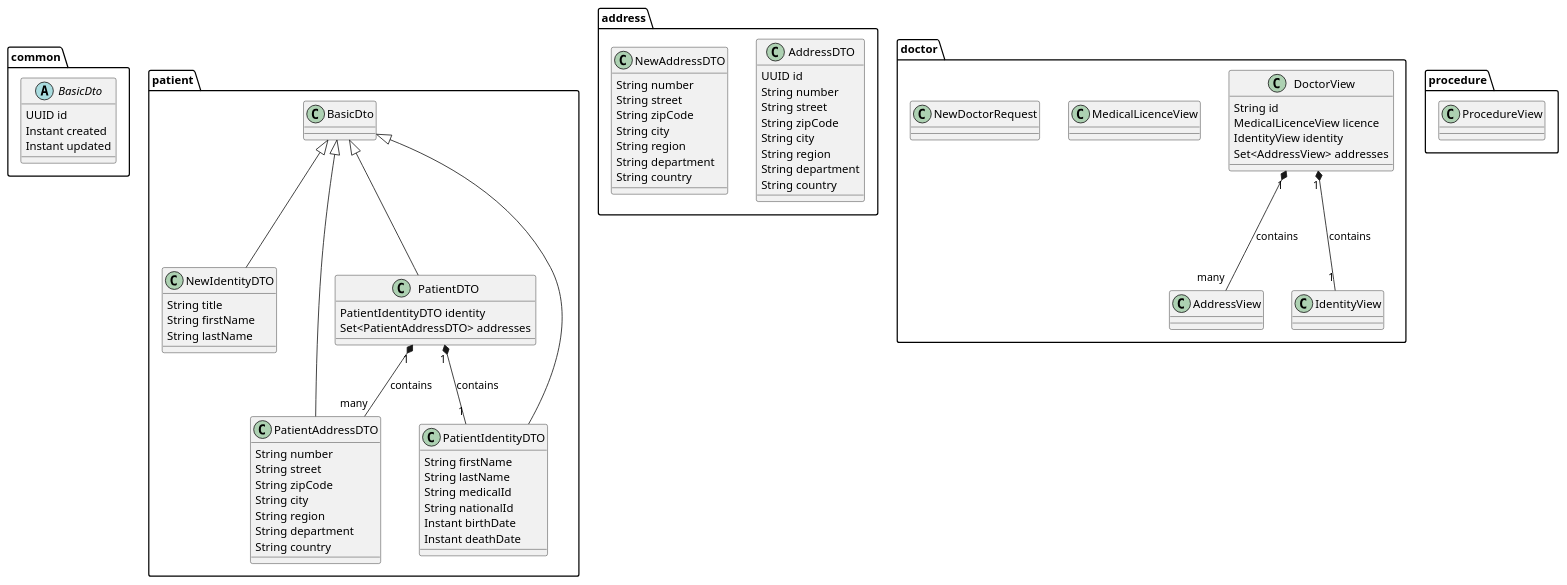
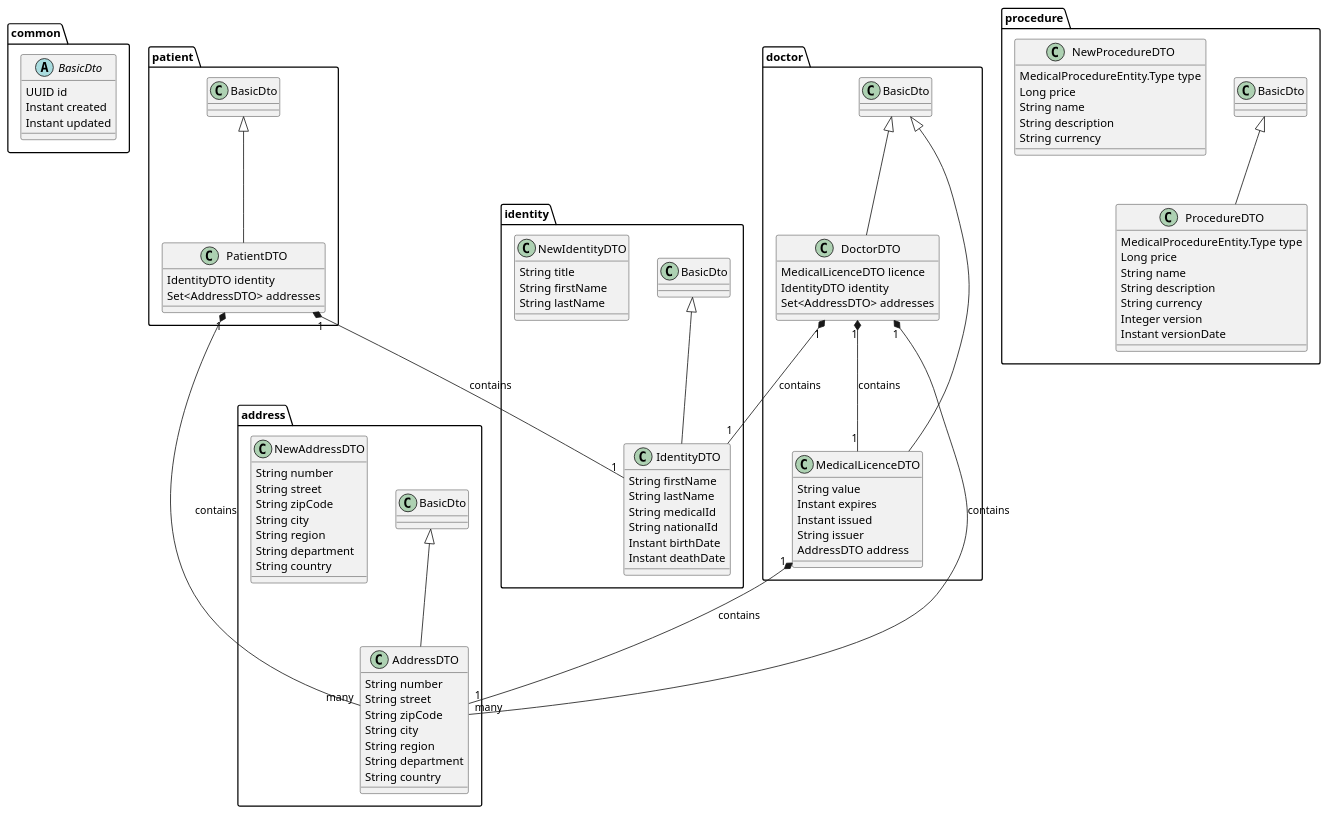
Before and after one commit to becoming/meditech: the diagram in diagrams/DTOs.puml, drawn with PlantUML. The commit also changed 61 other files, not shown here.

Commit message:
address and identity became totally separated

```diff
--- a/diagrams/DTOs.puml
+++ b/diagrams/DTOs.puml
@@ -1,92 +1,104 @@
 @startuml
 'https://plantuml.com/class-diagram
 
 package common {
     abstract class BasicDto {
         UUID id
         Instant created
         Instant updated
     }
 }
 
 package patient {
-    class NewIdentityDTO extends BasicDto {
-        String title
-        String firstName
-        String lastName
+    class PatientDTO extends BasicDto {
+        IdentityDTO identity
+        Set<AddressDTO> addresses
     }
+}
 
-    class PatientAddressDTO extends BasicDto {
-        String number
-        String street
-        String zipCode
-        String city
-        String region
-        String department
-        String country
-    }
+package identity {
 
-    class PatientDTO extends BasicDto {
-        PatientIdentityDTO identity
-        Set<PatientAddressDTO> addresses
-    }
-
-    class PatientIdentityDTO extends BasicDto {
+    class IdentityDTO extends BasicDto {
         String firstName
         String lastName
         String medicalId
         String nationalId
         Instant birthDate
         Instant deathDate
     }
+
+    class NewIdentityDTO {
+        String title
+        String firstName
+        String lastName
+    }
 }
 
 package address {
-    class AddressDTO {
-        UUID id
+    class AddressDTO extends BasicDto {
         String number
         String street
         String zipCode
         String city
         String region
         String department
         String country
     }
 
     class NewAddressDTO {
         String number
         String street
         String zipCode
         String city
         String region
         String department
         String country
     }
 }
 
 package doctor {
-    class AddressView
-
-    class DoctorView {
-        String id
-        MedicalLicenceView licence
-        IdentityView identity
-        Set<AddressView> addresses
+    class DoctorDTO extends BasicDto {
+        MedicalLicenceDTO licence
+        IdentityDTO identity
+        Set<AddressDTO> addresses
     }
 
-    class IdentityView
-    class MedicalLicenceView
-    class NewDoctorRequest
+    class MedicalLicenceDTO extends BasicDto {
+        String value
+        Instant expires
+        Instant issued
+        String issuer
+        AddressDTO address
+    }
 }
 
 package procedure {
-    class ProcedureView
+    class ProcedureDTO extends BasicDto {
+        MedicalProcedureEntity.Type type
+        Long price
+        String name
+        String description
+        String currency
+        Integer version
+        Instant versionDate
+    }
+
+    class NewProcedureDTO {
+        MedicalProcedureEntity.Type type
+        Long price
+        String name
+        String description
+        String currency
+    }
 }
 
-DoctorView "1" *-- "many" AddressView : contains
-DoctorView "1" *-- "1" IdentityView : contains
+DoctorDTO "1" *-- "many" AddressDTO : contains
+DoctorDTO "1" *-- "1" IdentityDTO : contains
+DoctorDTO "1" *-- "1" MedicalLicenceDTO : contains
 
-PatientDTO "1" *-- "many" PatientAddressDTO : contains
-PatientDTO "1" *-- "1" PatientIdentityDTO : contains
+MedicalLicenceDTO "1" *-- "1" AddressDTO : contains
+
+PatientDTO "1" *-- "many" AddressDTO : contains
+PatientDTO "1" *-- "1" IdentityDTO : contains
 
 @enduml
```
